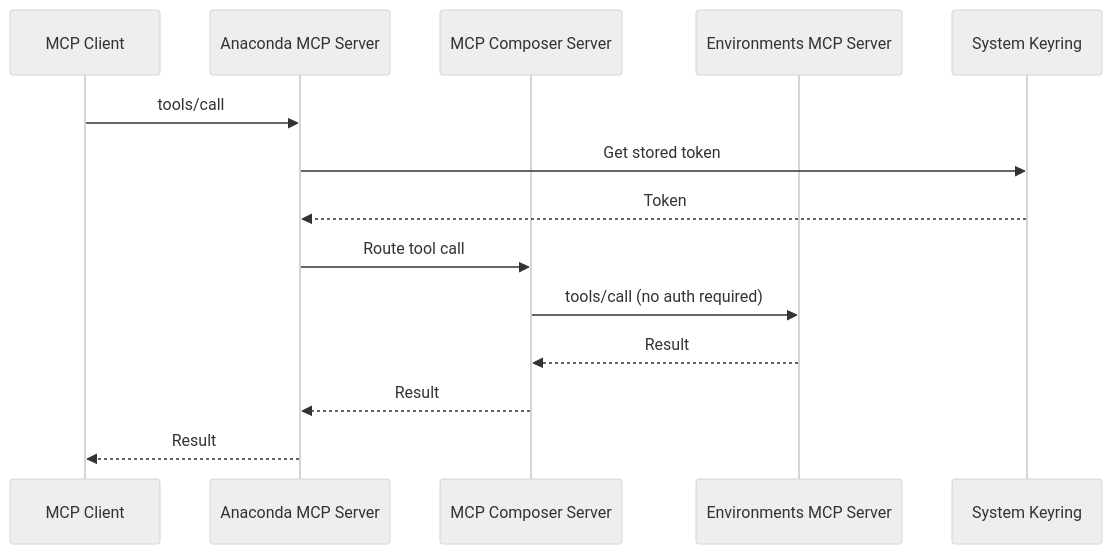
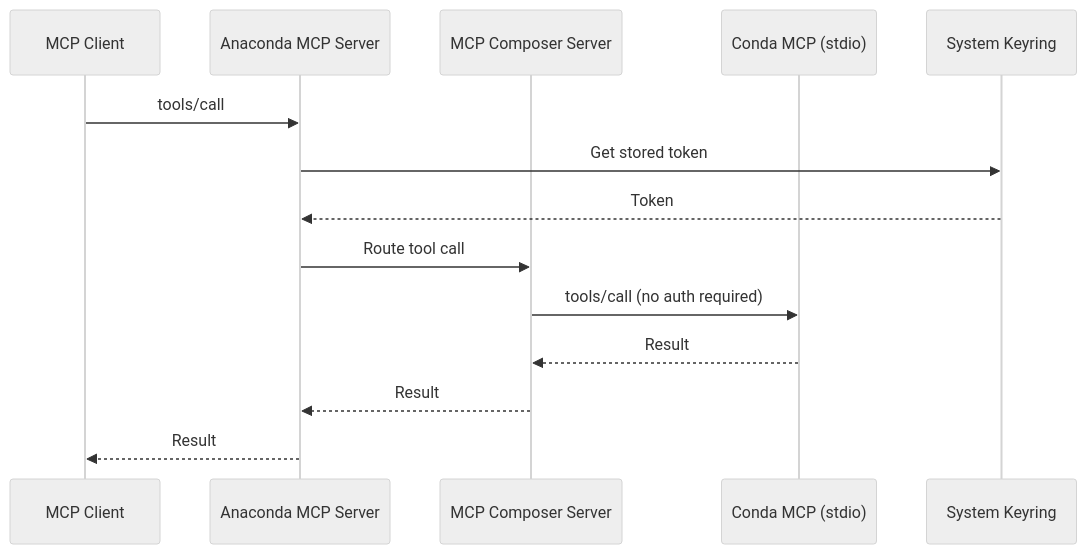
The fifth of 6 diagrams in docs/ARCHITECTURE.md (anaconda/anaconda-mcp), drawn with Mermaid (neutral theme) before and after one commit. The commit also changed other lines of this file and 32 other files, not shown here.

````diff
--- a/docs/ARCHITECTURE.md
+++ b/docs/ARCHITECTURE.md
@@ -215,17 +222,17 @@
 ```mermaid
 sequenceDiagram
     participant Client as MCP Client
     participant Anaconda as Anaconda MCP Server
     participant Composer as MCP Composer Server
-    participant ENV as Environments MCP Server
+    participant Conda as Conda MCP (stdio)
     participant Keyring as System Keyring
 
     Client->>Anaconda: tools/call
     Anaconda->>Keyring: Get stored token
     Keyring-->>Anaconda: Token
     Anaconda->>Composer: Route tool call
-    Composer->>ENV: tools/call (no auth required)
-    ENV-->>Composer: Result
+    Composer->>Conda: tools/call (no auth required)
+    Conda-->>Composer: Result
     Composer-->>Anaconda: Result
     Anaconda-->>Client: Result
 ```
````
